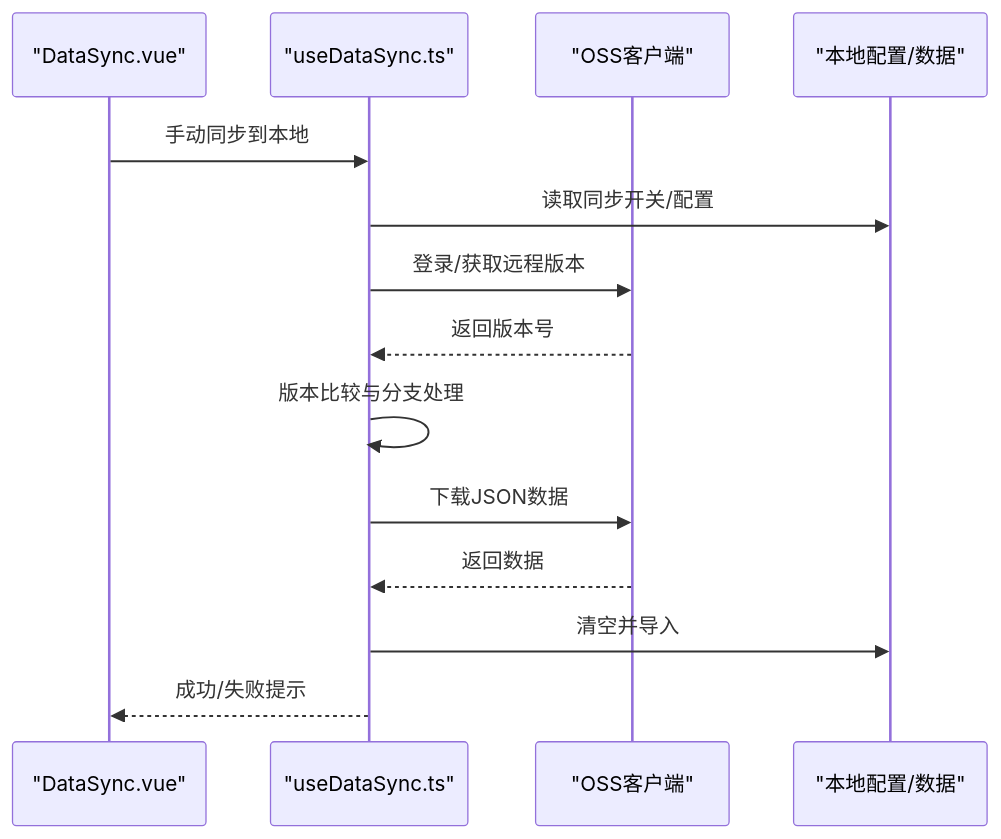
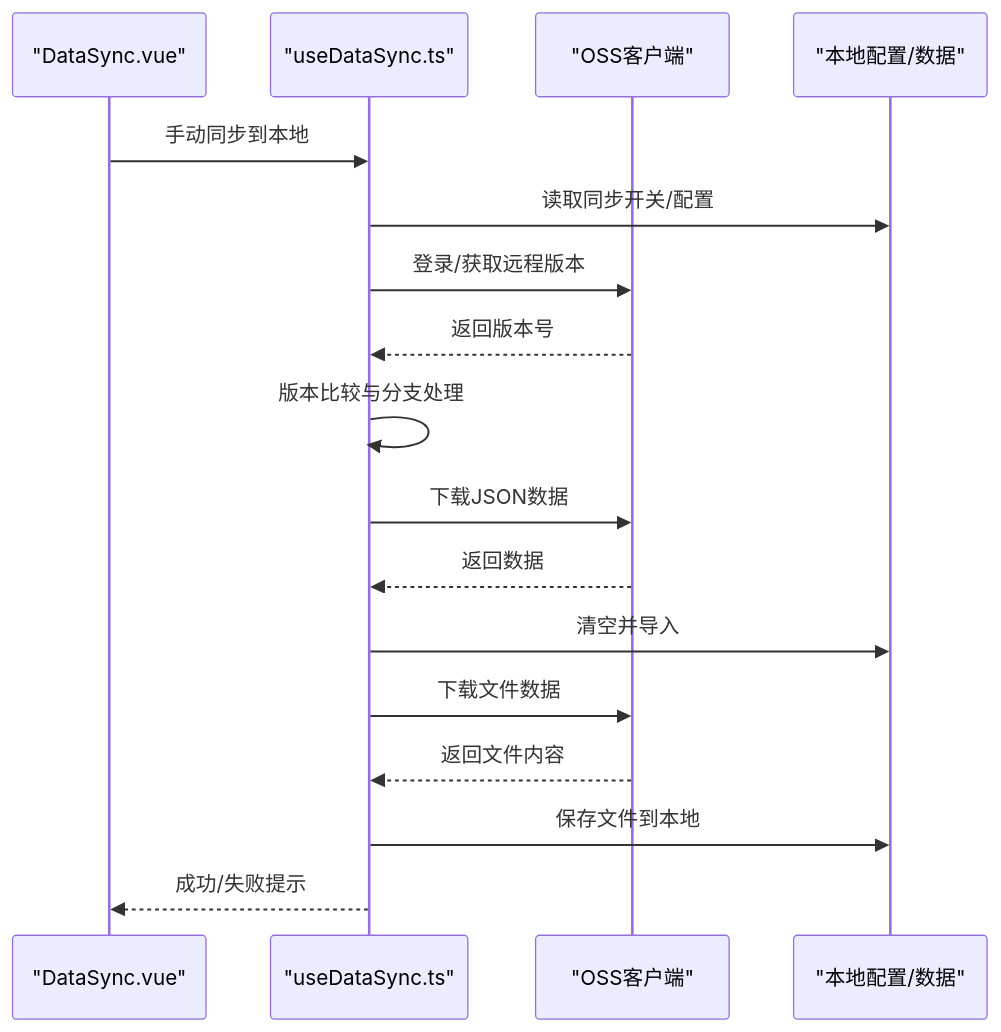
The fourth of 8 diagrams in .qoder/repowiki/zh/content/前端组件系统/设置管理组件.md (scgithub3220216/password-manager), drawn with Mermaid before and after one commit. The commit also changed other lines of this file and 17 other files, not shown here.

````diff
--- a/.qoder/repowiki/zh/content/前端组件系统/设置管理组件.md
+++ b/.qoder/repowiki/zh/content/前端组件系统/设置管理组件.md
@@ -208,16 +229,19 @@
 ```mermaid
 sequenceDiagram
 participant UI as "DataSync.vue"
 participant Hook as "useDataSync.ts"
 participant OSS as "OSS客户端"
 participant DB as "本地配置/数据"
 UI->>Hook : 手动同步到本地
 Hook->>DB : 读取同步开关/配置
 Hook->>OSS : 登录/获取远程版本
 OSS-->>Hook : 返回版本号
 Hook->>Hook : 版本比较与分支处理
 Hook->>OSS : 下载JSON数据
 OSS-->>Hook : 返回数据
 Hook->>DB : 清空并导入
+Hook->>OSS : 下载文件数据
+OSS-->>Hook : 返回文件内容
+Hook->>DB : 保存文件到本地
 Hook-->>UI : 成功/失败提示
 ```
````
